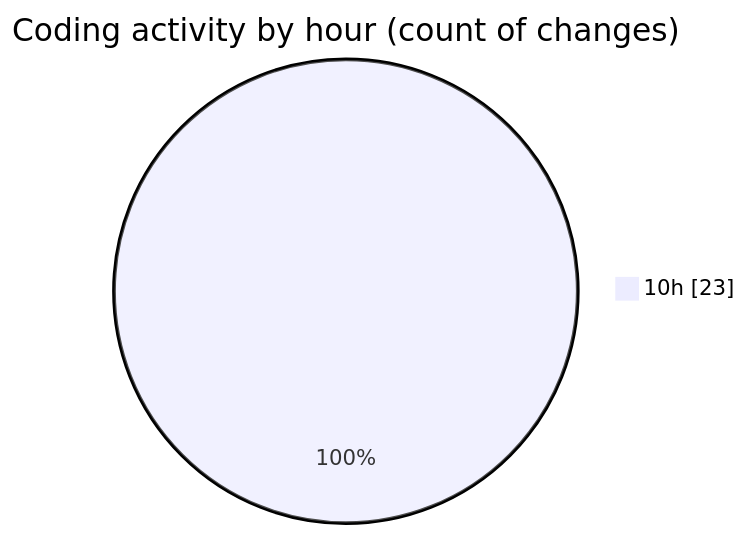
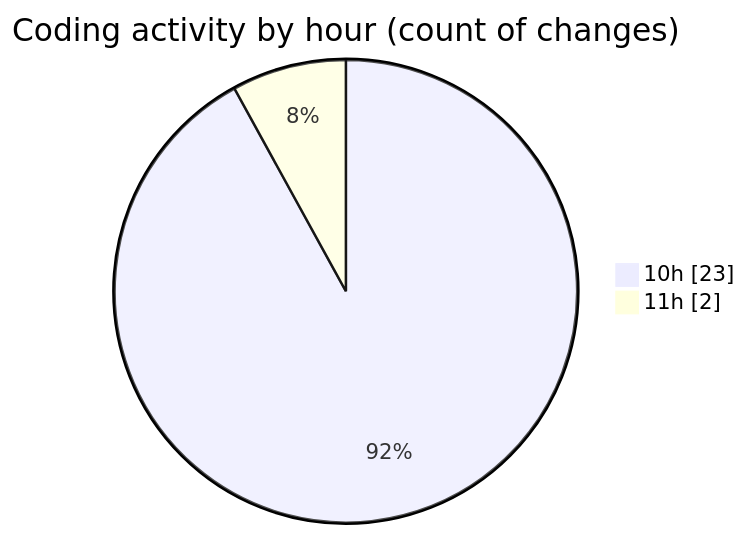
The second of 2 diagrams in 2026-05-04/nxtqube_webapp/README.md (nxtqubesakshisongat/code-tracking), drawn with Mermaid before and after one commit. The commit also changed other lines of this file and 1 other file, not shown here.

````diff
--- a/2026-05-04/nxtqube_webapp/README.md
+++ b/2026-05-04/nxtqube_webapp/README.md
@@ -31,5 +31,6 @@
 ```mermaid
 pie showData
 title Coding activity by hour (count of changes)
 "10h" : 23
+"11h" : 2
 ```
````
